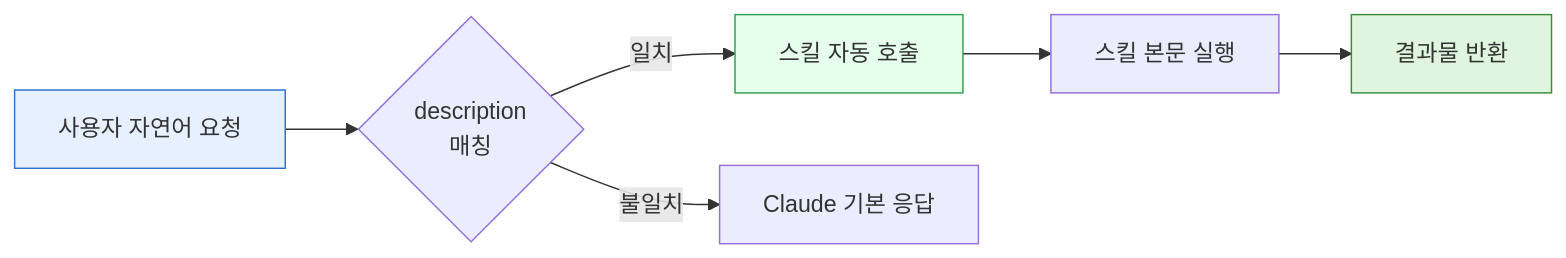
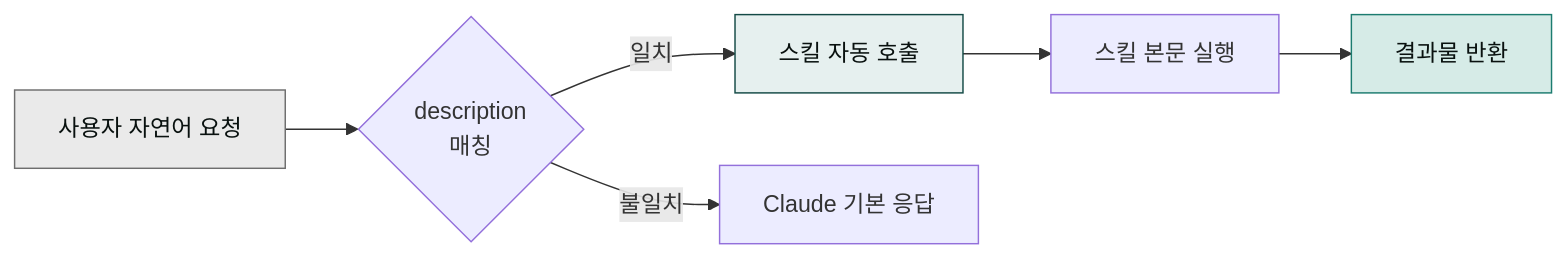
One commit to modu-ai/claude changed the diagram in content/cowork/skills.md. Above: the diagram before and after it, drawn with Mermaid. The commit also changed 97 other files, not shown here.

First line of the commit message:
style(docs-site): mermaid 색상 브랜드 정합 + 라이트 테마 단일화

````diff
--- a/content/cowork/skills.md
+++ b/content/cowork/skills.md
@@ -11,12 +11,12 @@
 ```mermaid
 flowchart LR
     A["사용자 자연어 요청"] --> B{"description<br/>매칭"}
     B -- 일치 --> C["스킬 자동 호출"]
     B -- 불일치 --> D["Claude 기본 응답"]
     C --> E["스킬 본문 실행"]
     E --> F["결과물 반환"]
 
-    style A fill:#e6f0ff,stroke:#3070d0
-    style C fill:#e6ffec,stroke:#30a050
-    style F fill:#dff5dd,stroke:#3a8a3a
+    style A fill:#eaeaea,stroke:#6e6e6e,color:#09110f
+    style C fill:#e6f0ef,stroke:#144a46,color:#09110f
+    style F fill:#d6ebe7,stroke:#1c7c70,color:#09110f
 ```
````
